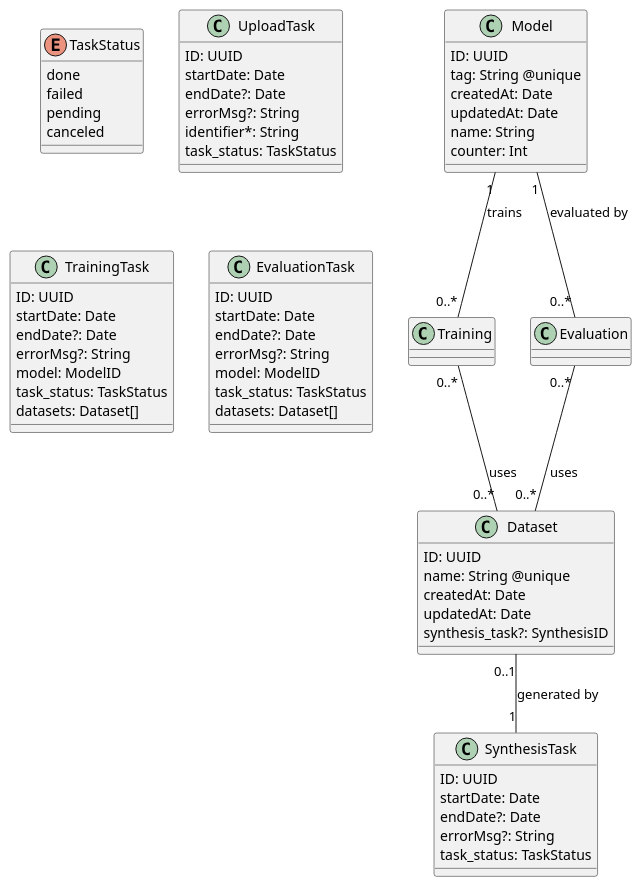
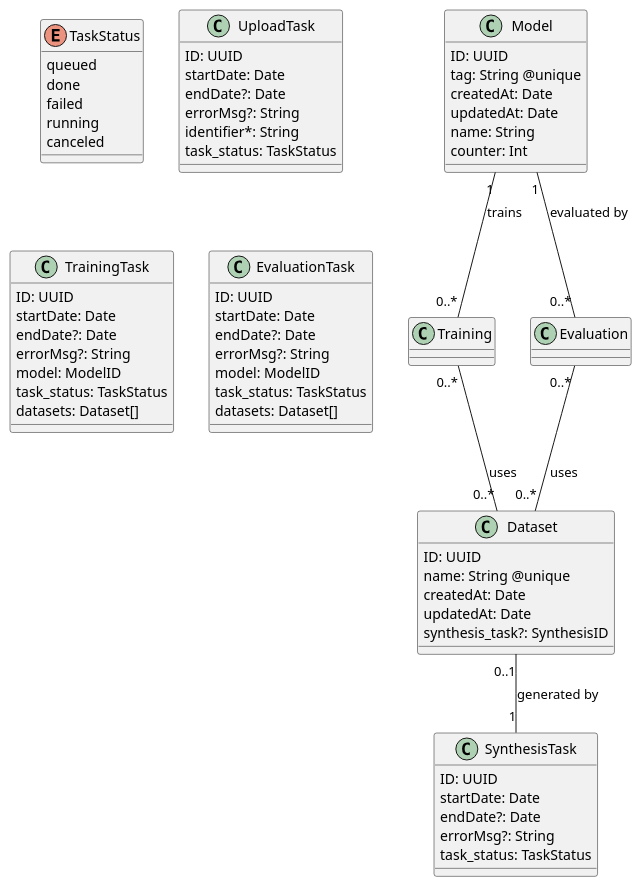
Before and after one commit to Yukasama/vectorize: the diagram in docs/entity-relation.plantuml, drawn with PlantUML. The commit also changed 8 other files, not shown here.

Commit message:
feat: change PENDING to RUNNING

```diff
--- a/docs/entity-relation.plantuml
+++ b/docs/entity-relation.plantuml
@@ -1,72 +1,73 @@
 @startuml ER-Diagram für die SQLite Datenbank
 
 enum TaskStatus {
+  queued
   done
   failed
-  pending
+  running
   canceled
 }
 
 class UploadTask {
   ID: UUID
   startDate: Date
   endDate?: Date
   errorMsg?: String
   identifier*: String
   task_status: TaskStatus
 }
 
 class TrainingTask {
   ID: UUID
   startDate: Date
   endDate?: Date
   errorMsg?: String
   model: ModelID
   task_status: TaskStatus
   datasets: Dataset[]
 }
 
 class EvaluationTask {
   ID: UUID
   startDate: Date
   endDate?: Date
   errorMsg?: String
   model: ModelID
   task_status: TaskStatus
   datasets: Dataset[]
 }
 
 class Model {
   ID: UUID
   tag: String @unique
   createdAt: Date
   updatedAt: Date
   name: String
   counter: Int
 }
 
 class Dataset {
   ID: UUID
   name: String @unique
   createdAt: Date
   updatedAt: Date
   synthesis_task?: SynthesisID
 }
 
 class SynthesisTask {
   ID: UUID
   startDate: Date
   endDate?: Date
   errorMsg?: String
   task_status: TaskStatus
 }
 
 Model "1" -- "0..*" Training : trains
 Model "1" -- "0..*" Evaluation : evaluated by
 
 Training "0..*" -- "0..*" Dataset : uses
 Evaluation "0..*" -- "0..*" Dataset : uses
 
 Dataset "0..1" -- "1" SynthesisTask : generated by
 
 @enduml
```
